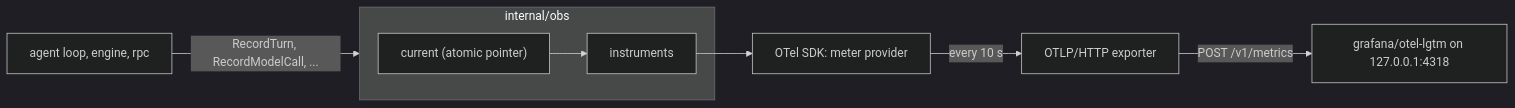
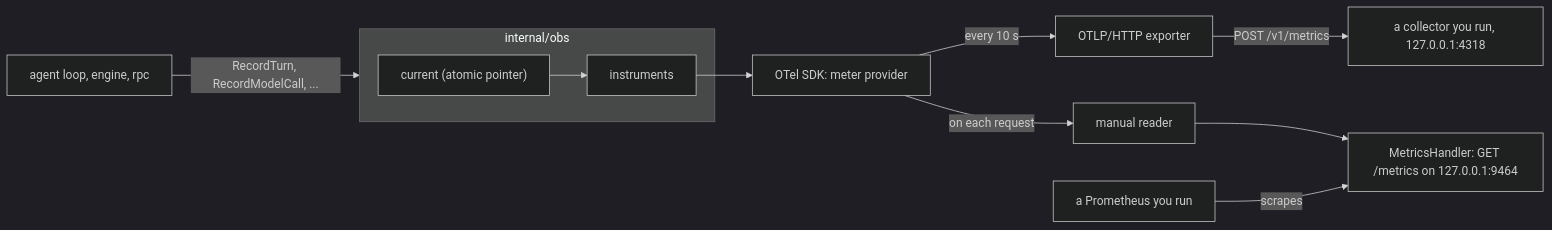
Before and after one commit to aarora79/meru: the diagram in docs/coding-notes/obs.md, drawn with Mermaid (dark theme). The commit also changed other lines of this file and 80 other files, not shown here.

First line of the commit message:
Chart usage in the clients and serve /metrics; drop Grafana

````diff
--- a/docs/coding-notes/obs.md
+++ b/docs/coding-notes/obs.md
@@ -23,10 +25,13 @@
 ```mermaid
 flowchart LR
     agent["agent loop, engine, rpc"] -- "RecordTurn, RecordModelCall, ..." --> obs
     subgraph obs["internal/obs"]
         state["current (atomic pointer)"] --> inst["instruments"]
     end
     inst --> sdk["OTel SDK: meter provider"]
     sdk -- "every 10 s" --> exp["OTLP/HTTP exporter"]
-    exp -- "POST /v1/metrics" --> lgtm["grafana/otel-lgtm on 127.0.0.1:4318"]
+    exp -- "POST /v1/metrics" --> col["a collector you run, 127.0.0.1:4318"]
+    sdk -- "on each request" --> man["manual reader"]
+    man --> page["MetricsHandler: GET /metrics on 127.0.0.1:9464"]
+    prom["a Prometheus you run"] -- "scrapes" --> page
 ```
````
